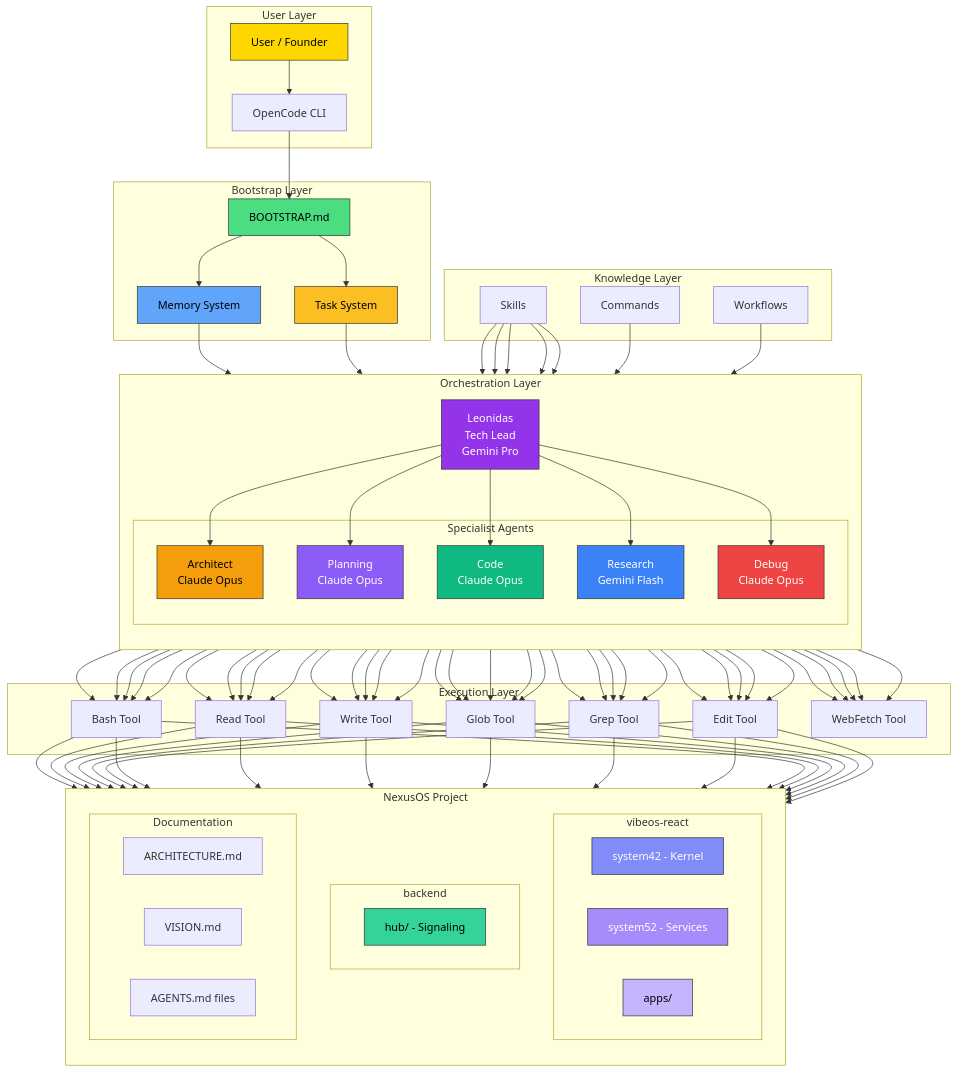
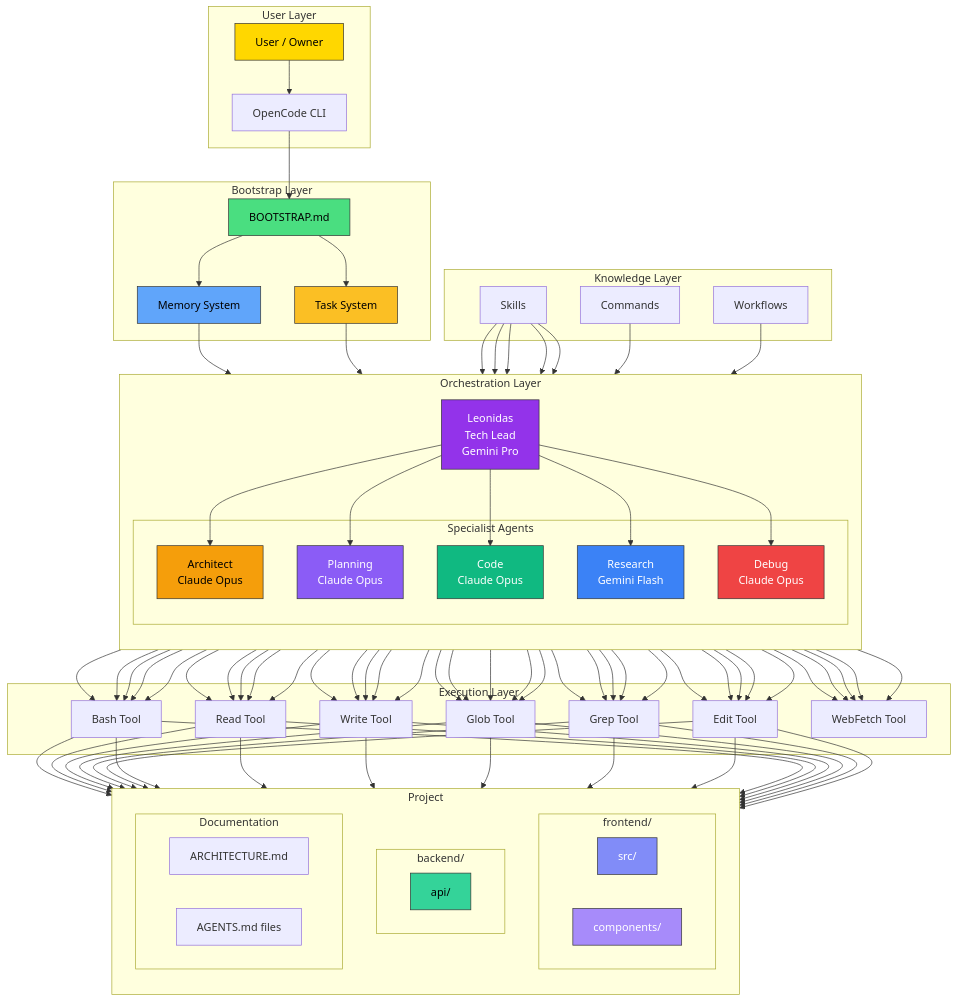
Before and after one commit to nonexphere/opencode-template: the diagram in .opencode/specs/diagrams/system-overview.mmd, drawn with Mermaid. The commit also changed 31 other files, not shown here.

```diff
--- a/.opencode/specs/diagrams/system-overview.mmd
+++ b/.opencode/specs/diagrams/system-overview.mmd
@@ -1,106 +1,103 @@
-%% System Overview - NexusOS OpenCode Architecture
-%% File: .opencode/docs/diagrams/system-overview.mmd
-%% Generated: 2026-01-06
+%% System Overview - OpenCode Architecture
+%% File: .opencode/specs/diagrams/system-overview.mmd
+%% Generated: 2026-01-07
 
 flowchart TB
     subgraph UserLayer["User Layer"]
-        U[User / Founder]
+        U[User / Owner]
         CLI[OpenCode CLI]
     end
 
     subgraph BootstrapLayer["Bootstrap Layer"]
         BOOT[BOOTSTRAP.md]
         MEM[Memory System]
         TASK[Task System]
     end
 
     subgraph OrchestrationLayer["Orchestration Layer"]
         direction TB
         LEO[Leonidas<br/>Tech Lead<br/>Gemini Pro]
         
         subgraph Specialists["Specialist Agents"]
             ARC[Architect<br/>Claude Opus]
             PLN[Planning<br/>Claude Opus]
             COD[Code<br/>Claude Opus]
             RSH[Research<br/>Gemini Flash]
             DBG[Debug<br/>Claude Opus]
         end
     end
 
     subgraph KnowledgeLayer["Knowledge Layer"]
         SKL[Skills]
         CMD[Commands]
         WFL[Workflows]
     end
 
     subgraph ExecutionLayer["Execution Layer"]
         BASH[Bash Tool]
         READ[Read Tool]
         WRITE[Write Tool]
         GLOB[Glob Tool]
         GREP[Grep Tool]
         EDIT[Edit Tool]
         FETCH[WebFetch Tool]
     end
 
-    subgraph ProjectLayer["NexusOS Project"]
+    subgraph ProjectLayer["Project"]
         direction TB
         
-        subgraph Frontend["vibeos-react"]
-            SYS42[system42 - Kernel]
-            SYS52[system52 - Services]
-            APPS[apps/]
+        subgraph Frontend["frontend/"]
+            FE_SRC[src/]
+            FE_COMP[components/]
         end
         
-        subgraph Backend["backend"]
-            HUB[hub/ - Signaling]
+        subgraph Backend["backend/"]
+            HUB[api/]
         end
         
         subgraph Docs["Documentation"]
             ARCH[ARCHITECTURE.md]
-            VISION[VISION.md]
             AGENTS[AGENTS.md files]
         end
     end
 
     %% Connections
     U --> CLI
     CLI --> BOOT
     BOOT --> MEM
     BOOT --> TASK
     MEM --> LEO
     TASK --> LEO
     
     LEO --> ARC
     LEO --> PLN
     LEO --> COD
     LEO --> RSH
     LEO --> DBG
     
     SKL --> ARC & PLN & COD & RSH & DBG
     CMD --> LEO
     WFL --> LEO
     
     ARC & PLN & COD & RSH & DBG --> BASH & READ & WRITE & GLOB & GREP & EDIT & FETCH
     
     BASH & READ & WRITE & GLOB & GREP & EDIT --> Frontend
     BASH & READ & WRITE & GLOB & GREP & EDIT --> Backend
     BASH & READ & WRITE & GLOB & GREP & EDIT --> Docs
 
     %% Styling
     style U fill:#FFD700,stroke:#333,color:#000
     style LEO fill:#9333EA,stroke:#333,color:#fff
     style ARC fill:#F59E0B,stroke:#333,color:#000
     style PLN fill:#8B5CF6,stroke:#333,color:#fff
     style COD fill:#10B981,stroke:#333,color:#fff
     style RSH fill:#3B82F6,stroke:#333,color:#fff
     style DBG fill:#EF4444,stroke:#333,color:#fff
     
     style BOOT fill:#4ADE80,stroke:#333,color:#000
     style MEM fill:#60A5FA,stroke:#333,color:#000
     style TASK fill:#FBBF24,stroke:#333,color:#000
     
-    style SYS42 fill:#818CF8,stroke:#333,color:#fff
-    style SYS52 fill:#A78BFA,stroke:#333,color:#fff
-    style APPS fill:#C4B5FD,stroke:#333,color:#000
+    style FE_SRC fill:#818CF8,stroke:#333,color:#fff
+    style FE_COMP fill:#A78BFA,stroke:#333,color:#fff
     style HUB fill:#34D399,stroke:#333,color:#000
```
